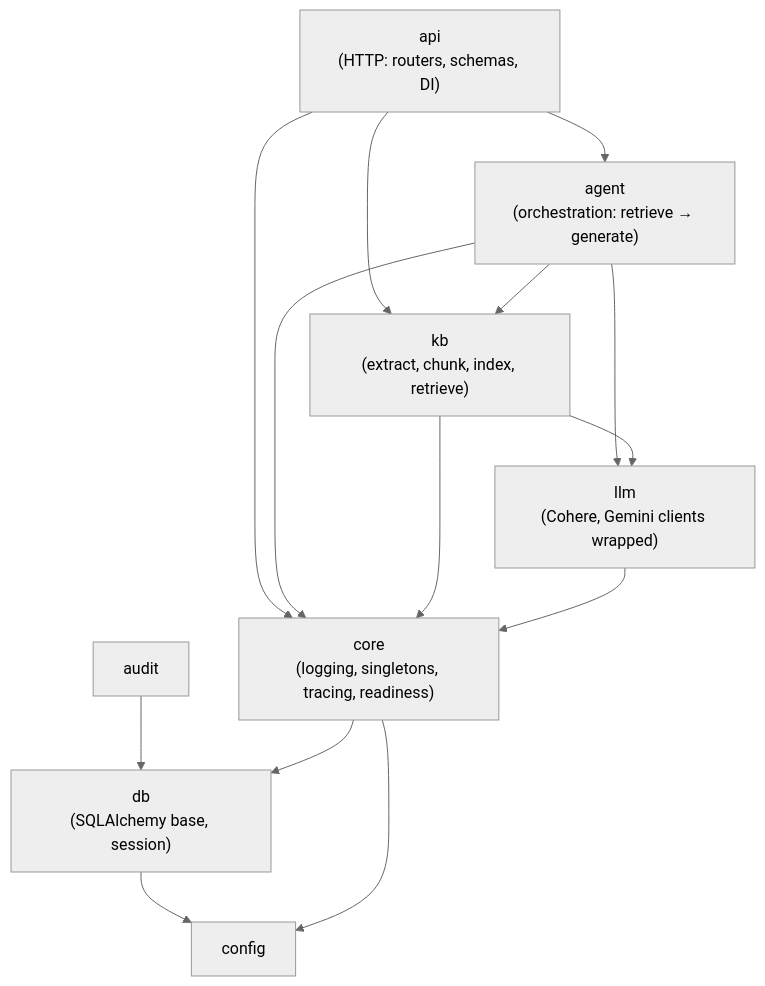
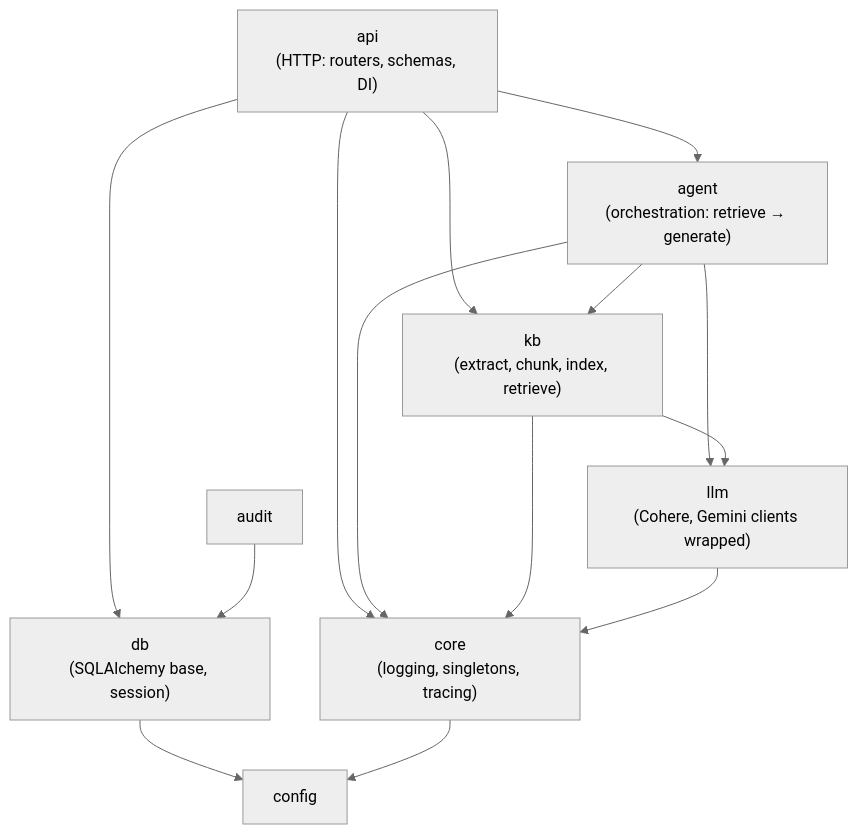
The third of 7 diagrams in docs/design/M0-foundation.md (Ziadashraf301/TeleCopilot-AI), drawn with Mermaid (neutral theme) before and after one commit. The commit also changed other lines of this file and 1 other file, not shown here.

````diff
--- a/docs/design/M0-foundation.md
+++ b/docs/design/M0-foundation.md
@@ -99,24 +99,24 @@
 ```mermaid
 flowchart TB
   api["api<br/>(HTTP: routers, schemas, DI)"]
   agent["agent<br/>(orchestration: retrieve → generate)"]
   kb["kb<br/>(extract, chunk, index, retrieve)"]
   llm["llm<br/>(Cohere, Gemini clients wrapped)"]
   audit["audit"]
   db["db<br/>(SQLAlchemy base, session)"]
-  core["core<br/>(logging, singletons, tracing, readiness)"]
+  core["core<br/>(logging, singletons, tracing)"]
   config["config"]
   api --> agent
   api --> kb
   api --> core
+  api --> db
   agent --> kb
   agent --> llm
   kb --> llm
   audit --> db
   agent --> core
   kb --> core
   llm --> core
-  core --> db
   db --> config
   core --> config
 ```
````
